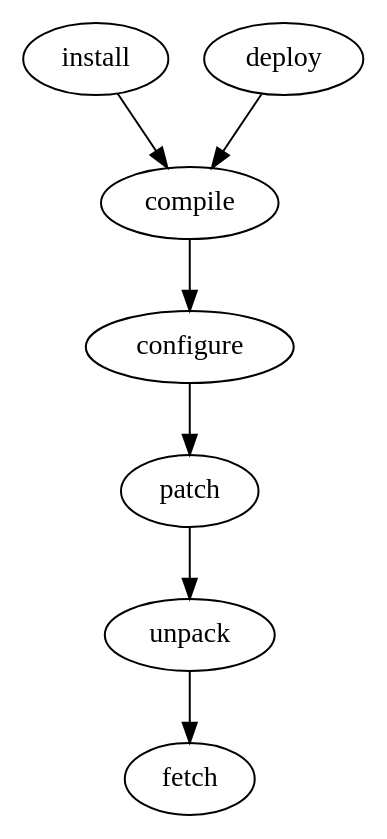
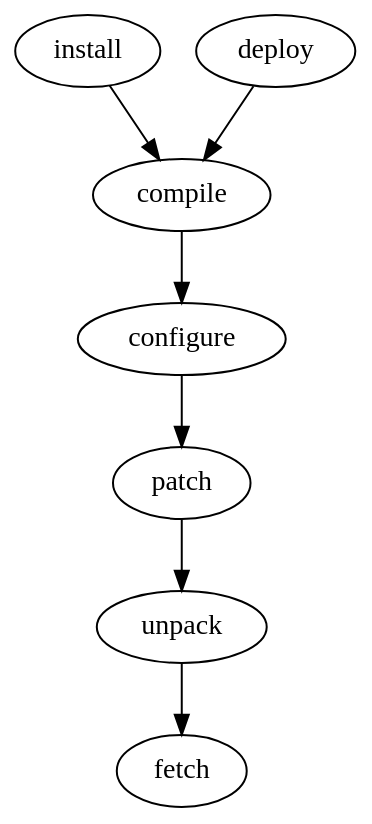
One commit to lucaceresoli/docs changed the diagram in buildroot-yocto-daily/images/yocto-tasks.dot. Above: the diagram before and after it, drawn with Graphviz. The commit also changed 8 other files, not shown here.

```diff
--- a/buildroot-yocto-daily/images/yocto-tasks.dot
+++ b/buildroot-yocto-daily/images/yocto-tasks.dot
@@ -1,8 +1,9 @@
 digraph steps {
 	graph [fontname = "Fira"];
 	node [fontname = "Fira"];
 	edge [fontname = "Fira"];
+	bgcolor = "transparent";
 	install -> compile
 	deploy -> compile
 	compile -> configure -> patch -> unpack -> fetch
 }
```
